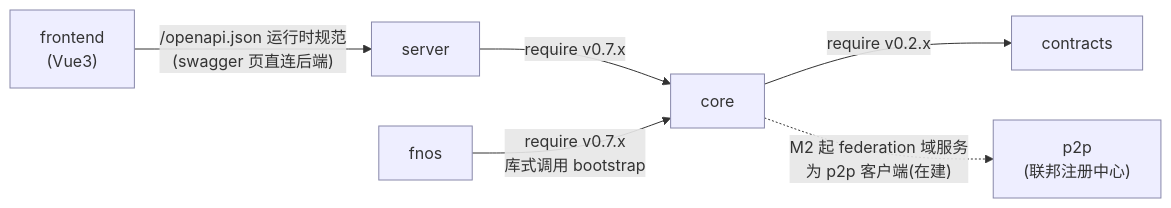
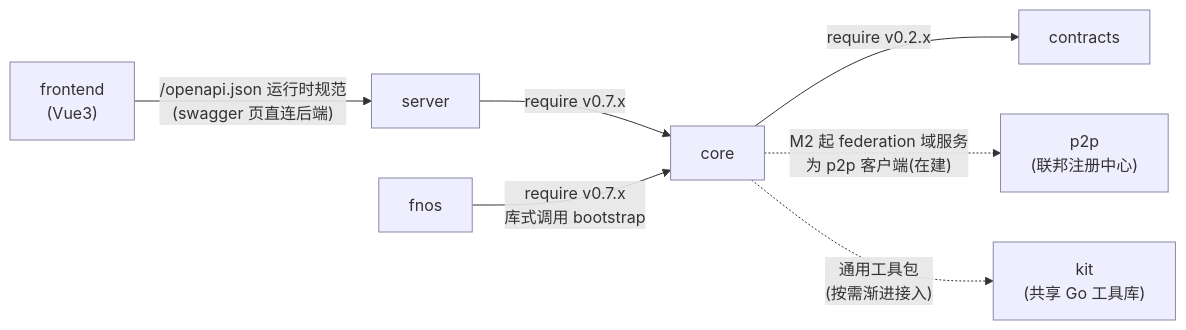
One commit to filescodebox/FilesCodeBox changed the second of 8 diagrams in docs/architecture.md. Above: the diagram before and after it, drawn with Mermaid. The commit also changed other lines of this file and 5 other files, not shown here.

First line of the commit message:
feat: 接线 kit 共享 Go 工具库——go.work/Makefile/setup.sh/文档

````diff
--- a/docs/architecture.md
+++ b/docs/architecture.md
@@ -37,12 +38,14 @@
 ```mermaid
 graph LR
     FE["frontend<br/>(Vue3)"] -->|"/openapi.json 运行时规范<br/>(swagger 页直连后端)"| SRV["server"]
     SRV -->|"require v0.7.x"| CORE["core"]
     FNOS["fnos"] -->|"require v0.7.x<br/>库式调用 bootstrap"| CORE
     CORE -->|"require v0.2.x"| CTX["contracts"]
     P2P["p2p<br/>(联邦注册中心)"]
     CORE -.->|"M2 起 federation 域服务<br/>为 p2p 客户端(在建)"| P2P
+    KIT["kit<br/>(共享 Go 工具库)"]
+    CORE -.->|"通用工具包<br/>(按需渐进接入)"| KIT
 
     classDef plain fill:#eef,stroke:#88a
-    class CTX,CORE,SRV,FE,FNOS,P2P plain
+    class CTX,CORE,SRV,FE,FNOS,P2P,KIT plain
 ```
````
